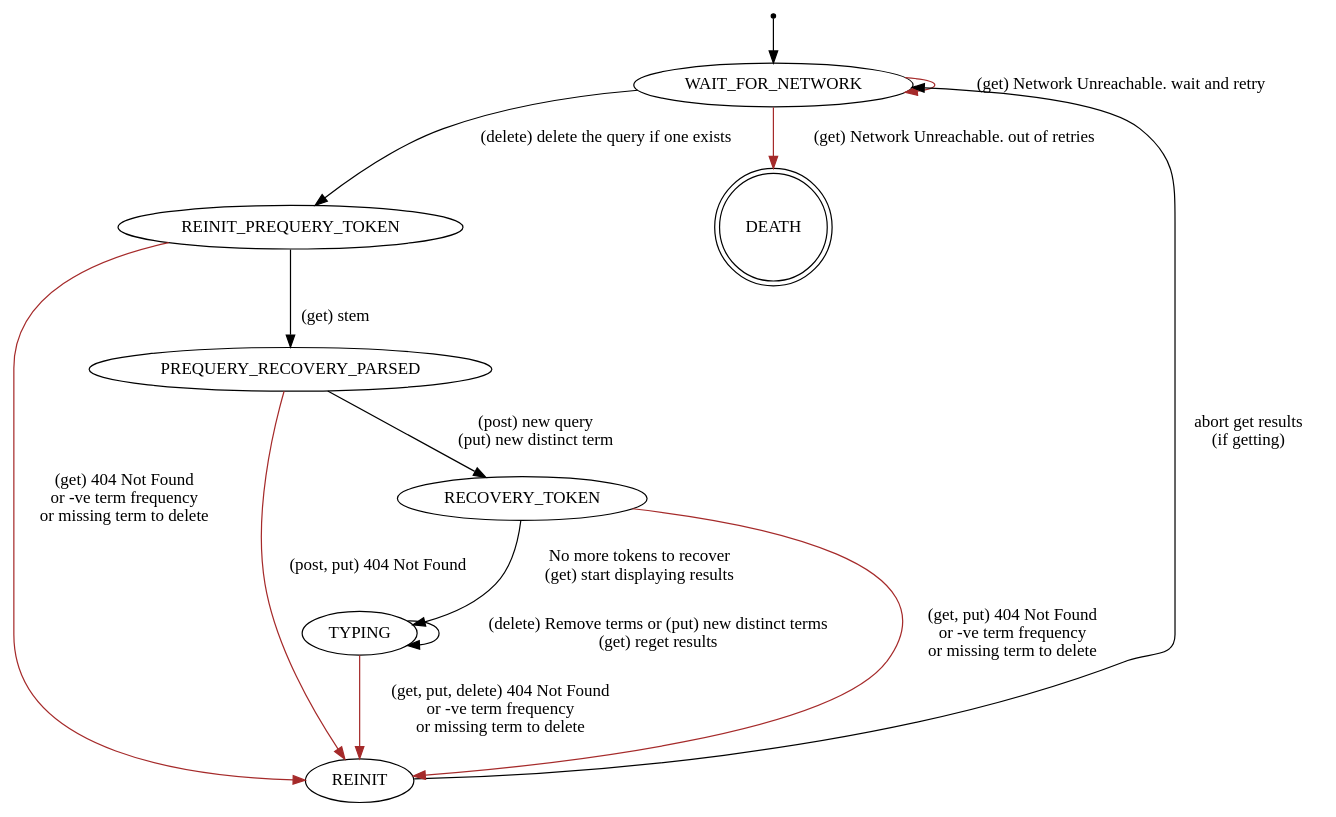
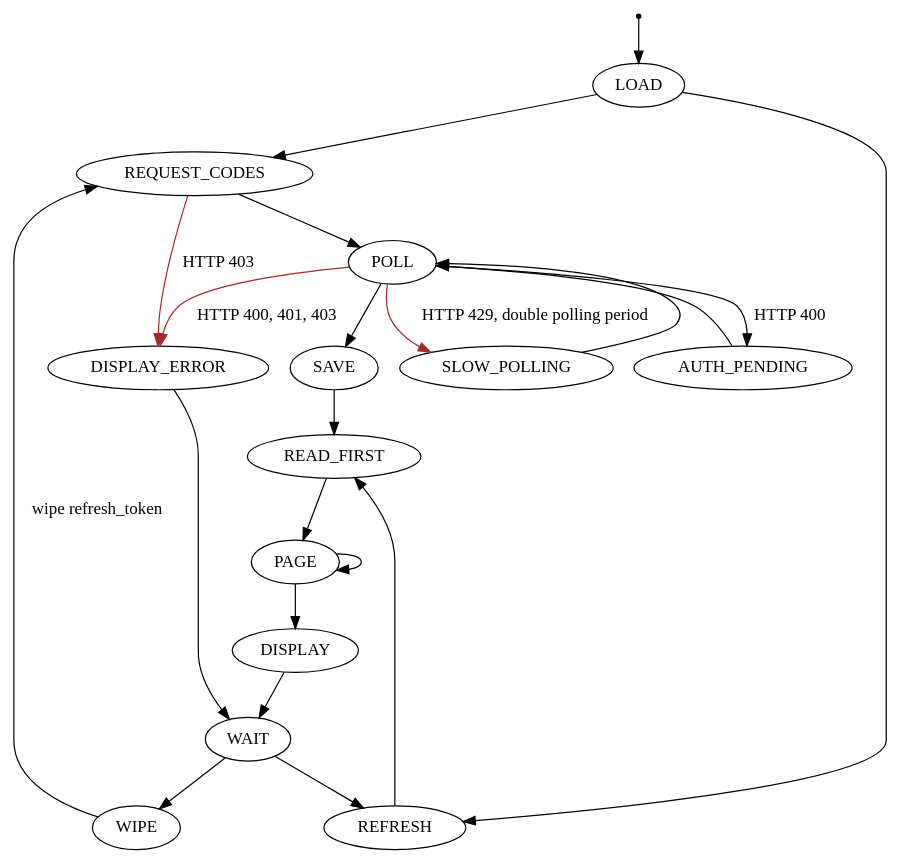
The diagram in docs/std.dot (kieranjwhite/calendar_mirror), drawn with Graphviz before and after one commit. The commit also changed 8 other files, not shown here.

```diff
--- a/docs/std.dot
+++ b/docs/std.dot
@@ -1,37 +1,47 @@
 /*
 * List of vars and state holders:
 */
 
 digraph {
 
 start[shape="point"];
 
-"TYPING" [shape="ellipse"];
-"WAIT_FOR_NETWORK" [shape="ellipse"];
-"REINIT" [shape="ellipse"];
-"REINIT_PREQUERY_TOKEN" [shape="ellipse"];
-"PREQUERY_RECOVERY_PARSED" [shape="ellipse"];
-"RECOVERY_TOKEN" [shape="ellipse"];
-"DEATH" [shape="doublecircle"];
+"LOAD" [shape="ellipse"];
+"REQUEST_CODES" [shape="ellipse"];
+"POLL" [shape="ellipse"];
+"AUTH_PENDING" [shape="ellipse"];
+"SLOW_POLLING" [shape="ellipse"];
+"REFRESH" [shape="ellipse"];
+"SAVE" [shape="ellipse"];
+"READ_FIRST" [shape="ellipse"];
+"PAGE" [shape="ellipse"];
+"DISPLAY" [shape="ellipse"];
+"DISPLAY_ERROR" [shape="ellipse"];
+"WAIT" [shape="ellipse"];
 
-start -> "WAIT_FOR_NETWORK";
-
-"TYPING" -> "TYPING" [label="(delete) Remove terms or (put) new distinct terms\n(get) reget results"];
-"TYPING" -> "REINIT" [label="(get, put, delete) 404 Not Found\nor -ve term frequency\nor missing term to delete" color="brown"];
-
-"REINIT" -> "WAIT_FOR_NETWORK" [label="abort get results\n(if getting)"];
-"WAIT_FOR_NETWORK" -> "WAIT_FOR_NETWORK" [label="(get) Network Unreachable. wait and retry" color="brown"];
-"WAIT_FOR_NETWORK" -> "REINIT_PREQUERY_TOKEN" [label="(delete) delete the query if one exists"];
-"WAIT_FOR_NETWORK" -> "DEATH" [label="(get) Network Unreachable. out of retries" color="brown"];
-
-
-"REINIT_PREQUERY_TOKEN" -> "PREQUERY_RECOVERY_PARSED" [label="(get) stem"];
-"REINIT_PREQUERY_TOKEN" -> "REINIT" [label="(get) 404 Not Found\nor -ve term frequency\nor missing term to delete" color="brown"];
-"PREQUERY_RECOVERY_PARSED" -> "RECOVERY_TOKEN" [label="(post) new query\n(put) new distinct term"];
-"PREQUERY_RECOVERY_PARSED" -> "REINIT" [label="(post, put) 404 Not Found" color="brown"];
-
-
-"RECOVERY_TOKEN" -> "TYPING" [label="No more tokens to recover\n(get) start displaying results"];
-"RECOVERY_TOKEN" -> "REINIT" [label="(get, put) 404 Not Found\nor -ve term frequency\nor missing term to delete" color="brown"];
+start -> "LOAD";
+"LOAD" -> "REQUEST_CODES"
+"LOAD" -> "REFRESH";
+"REFRESH" -> "READ_FIRST";
+"REQUEST_CODES" -> "POLL";
+"REQUEST_CODES" -> "DISPLAY_ERROR" [label="HTTP 403" color="brown"];
+"POLL" -> "AUTH_PENDING" [label="HTTP 400"];
+"AUTH_PENDING" -> "POLL";
+"POLL" -> "SLOW_POLLING" [label="HTTP 429, double polling period" color="brown"];
+"SLOW_POLLING" -> "POLL";
+"POLL" -> "DISPLAY_ERROR" [label="HTTP 400, 401, 403" color="brown"];
+"POLL" -> "SAVE";
+"SAVE" -> "READ_FIRST";
+"READ_FIRST" -> "PAGE";
+"PAGE" -> "PAGE";
+"PAGE" -> "DISPLAY";
+"DISPLAY_ERROR" -> "WAIT";
+"DISPLAY" -> "WAIT";
+"WAIT" -> "REFRESH";
+"WAIT" -> "WIPE";
+"WIPE" ->  "REQUEST_CODES" [label="wipe refresh_token"];
 
 }
+/*
+* "TYPING" -> "REINIT" [label="(get, put, delete) 404 Not Found\nor -ve term frequency\nor missing term to delete" color="brown"];
+*/
```
